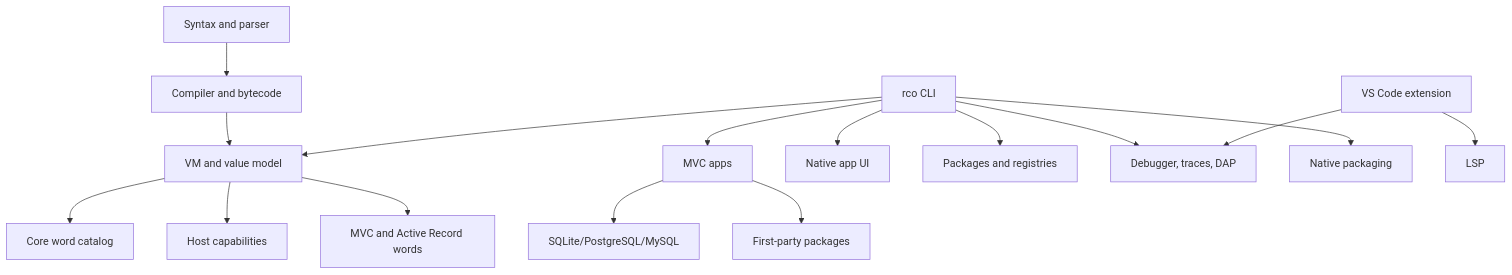
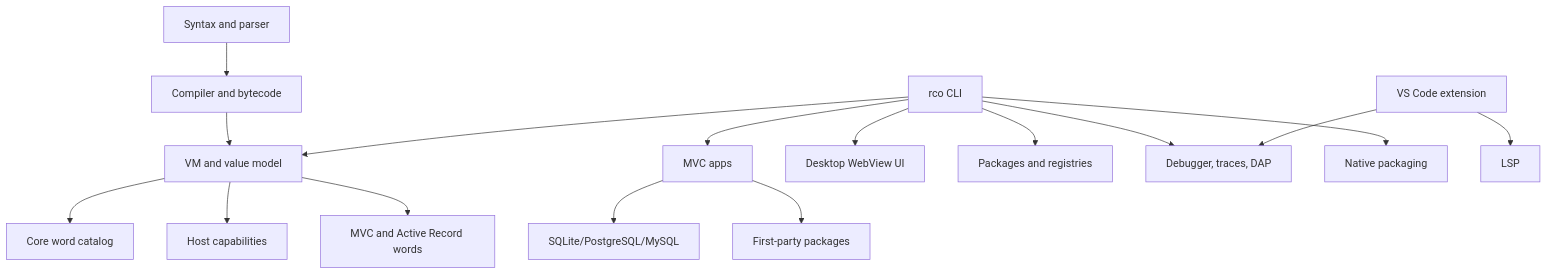
One commit to BARKx4/Ricochet changed the diagram in docs/feature-map.md. Above: the diagram before and after it, drawn with Mermaid. The commit also changed other lines of this file and 68 other files, not shown here.

````diff
--- a/docs/feature-map.md
+++ b/docs/feature-map.md
@@ -18,18 +18,18 @@
 ```mermaid
 graph TD
   Syntax["Syntax and parser"] --> Compiler["Compiler and bytecode"]
   Compiler --> VM["VM and value model"]
   VM --> CoreWords["Core word catalog"]
   VM --> HostCaps["Host capabilities"]
   VM --> WebWords["MVC and Active Record words"]
   CLI["rco CLI"] --> VM
   CLI --> Web["MVC apps"]
-  CLI --> NativeApps["Native app UI"]
+  CLI --> DesktopUI["Desktop WebView UI"]
   CLI --> Packages["Packages and registries"]
   CLI --> Debugger["Debugger, traces, DAP"]
   CLI --> Packaging["Native packaging"]
   Editors["VS Code extension"] --> LSP["LSP"]
   Editors --> Debugger
   Web --> Data["SQLite/PostgreSQL/MySQL"]
   Web --> FirstParty["First-party packages"]
 ```
````
